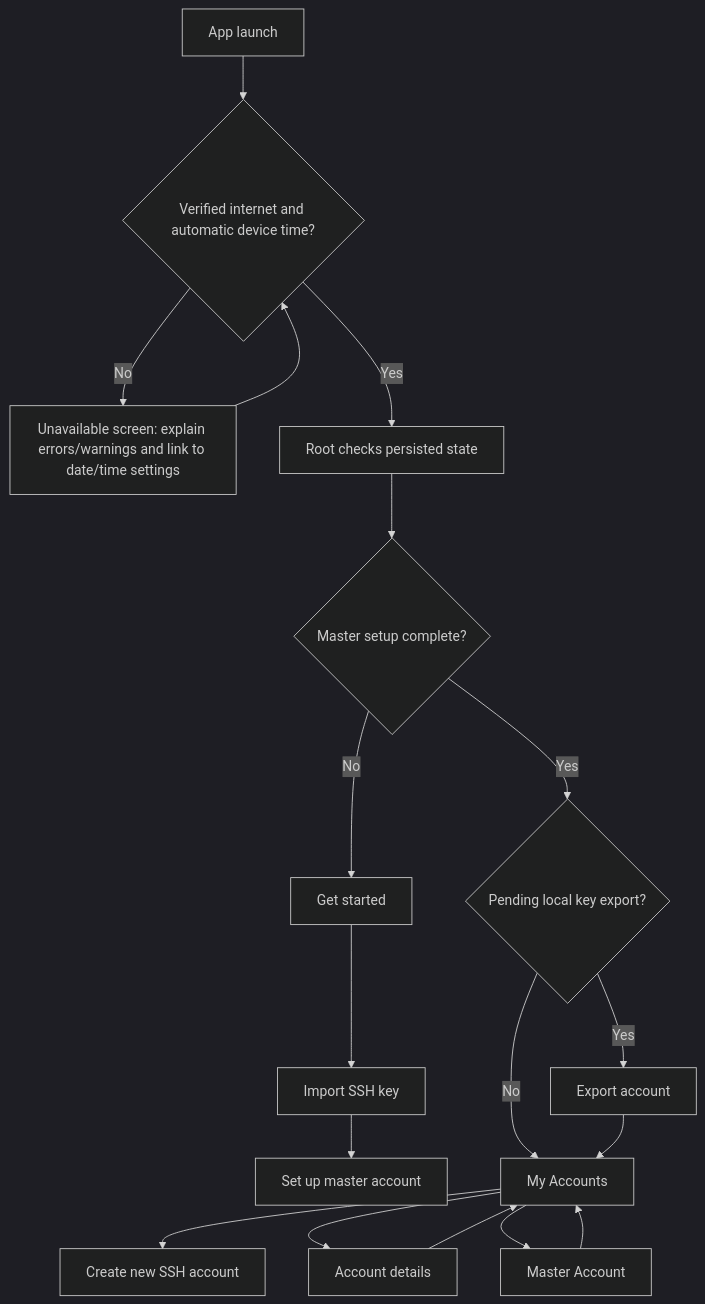
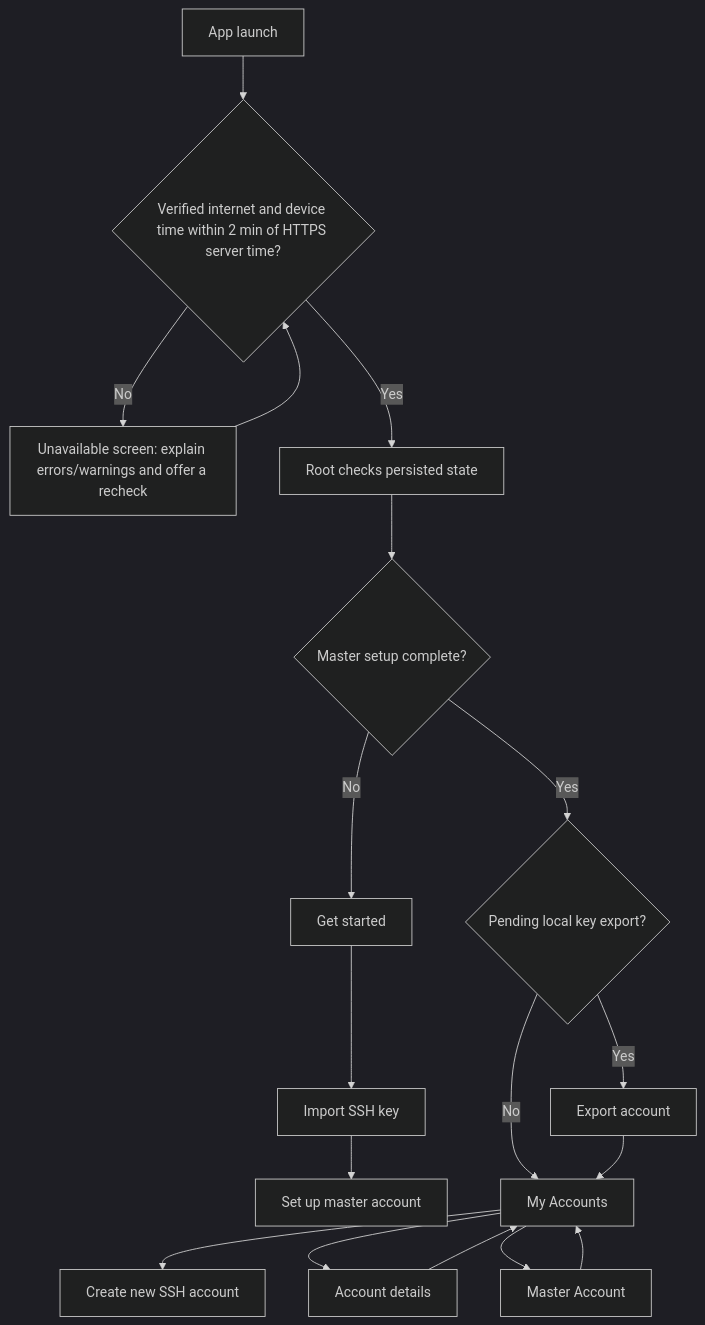
Before and after one commit to ZenTenApp/vault-kotlin: the first of 6 diagrams in docs/stakeholder/flowcharts.md, drawn with Mermaid (dark theme). The commit also changed 7 other files, not shown here.

Commit message:
feat: verify vault clock against HTTPS server time

````diff
--- a/docs/stakeholder/flowcharts.md
+++ b/docs/stakeholder/flowcharts.md
@@ -7,20 +7,20 @@
 ```mermaid
 flowchart TD
-    Launch["App launch"] --> Prerequisites{"Verified internet and automatic device time?"}
-    Prerequisites -->|No| Blocked["Unavailable screen: explain errors/warnings and link to date/time settings"]
+    Launch["App launch"] --> Prerequisites{"Verified internet and device time within 2 min of HTTPS server time?"}
+    Prerequisites -->|No| Blocked["Unavailable screen: explain errors/warnings and offer a recheck"]
     Blocked --> Prerequisites
     Prerequisites -->|Yes| Root["Root checks persisted state"]
     Root --> Setup{"Master setup complete?"}
     Setup -->|No| Welcome["Get started"]
     Welcome --> Import["Import SSH key"]
     Import --> MasterSetup["Set up master account"]
     Setup -->|Yes| PendingExport{"Pending local key export?"}
     PendingExport -->|Yes| Export["Export account"]
     PendingExport -->|No| Accounts["My Accounts"]
     Export --> Accounts
     Accounts --> Create["Create new SSH account"]
     Accounts --> Detail["Account details"]
     Accounts --> Master["Master Account"]
     Detail --> Accounts
     Master --> Accounts
 ```
````
